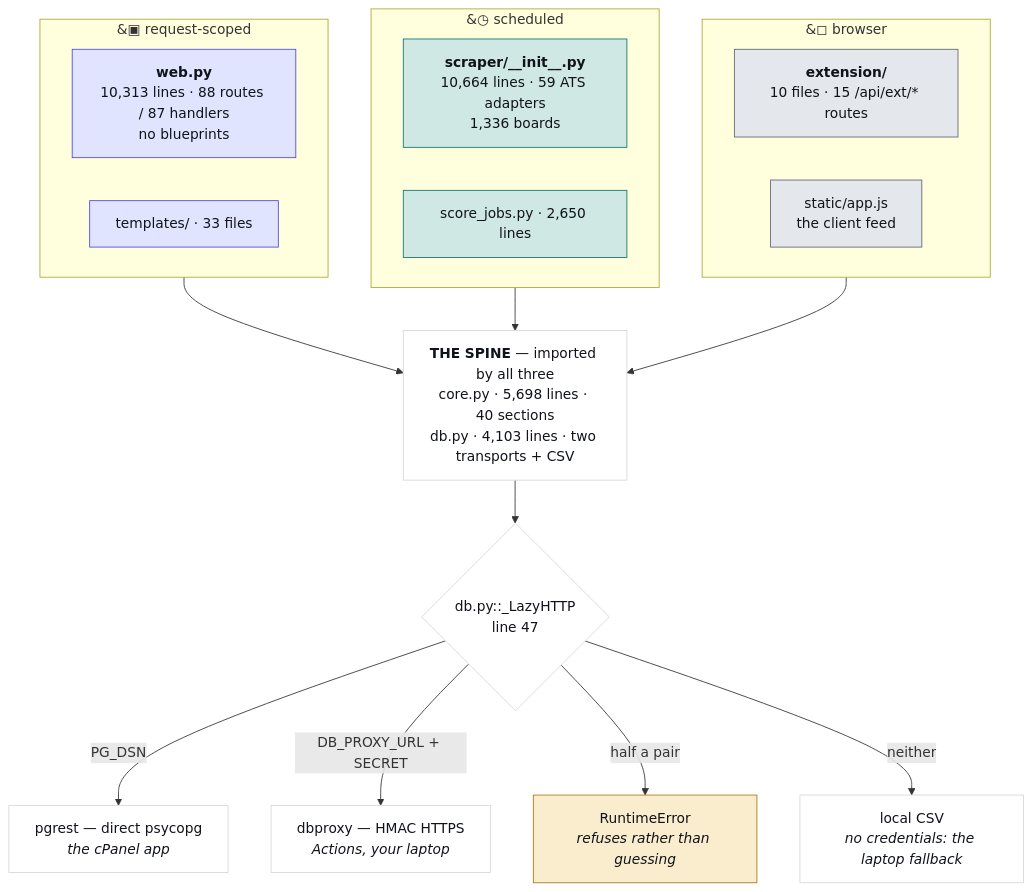
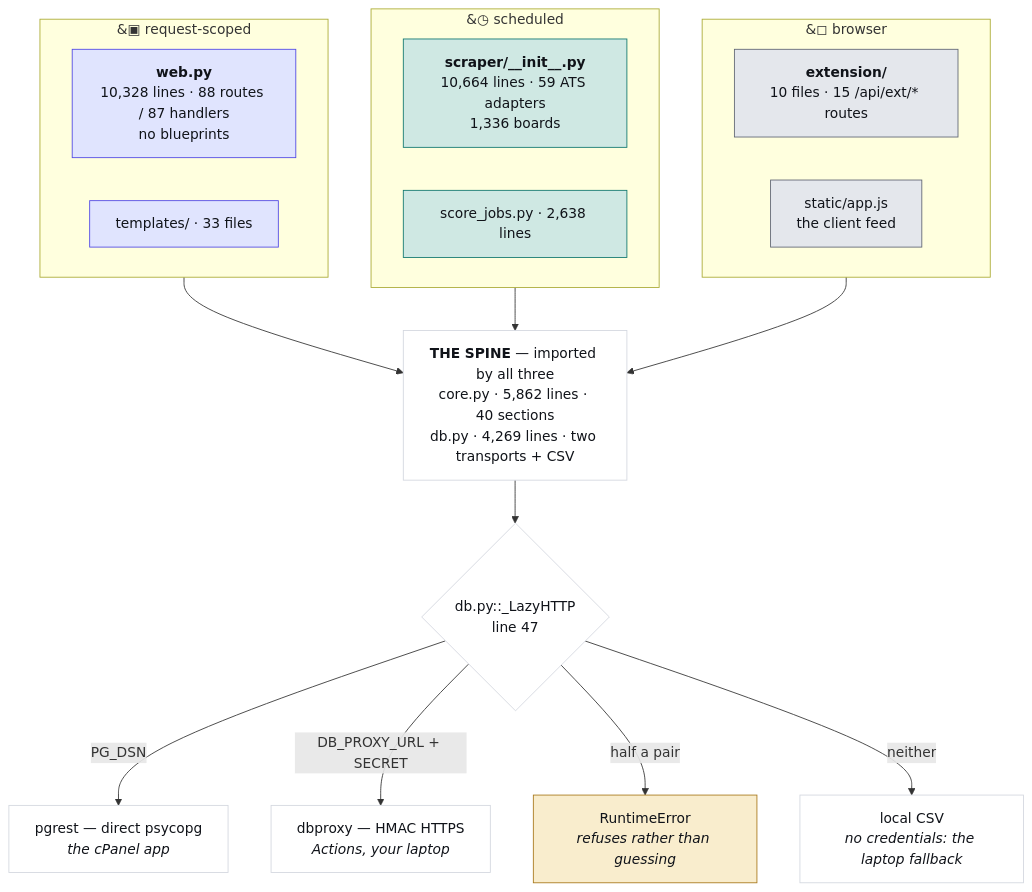
Before and after one commit to hadakunal909-debug/job-search-tool: the first of 4 diagrams in JobMatch Scraper/docs/ARCHITECTURE.md, drawn with Mermaid. The commit also changed other lines of this file and 39 other files, not shown here.

````diff
--- a/JobMatch Scraper/docs/ARCHITECTURE.md
+++ b/JobMatch Scraper/docs/ARCHITECTURE.md
@@ -48,34 +48,34 @@
 ```mermaid
 flowchart TB
   subgraph REQ["&#9635; request-scoped"]
-    W["<b>web.py</b><br/>10,313 lines · 88 routes / 87 handlers<br/>no blueprints"]
+    W["<b>web.py</b><br/>10,328 lines · 88 routes / 87 handlers<br/>no blueprints"]
     T["templates/ · 33 files"]
   end
   subgraph SCH["&#9719; scheduled"]
     S["<b>scraper/__init__.py</b><br/>10,664 lines · 59 ATS adapters<br/>1,336 boards"]
-    J["score_jobs.py · 2,650 lines"]
+    J["score_jobs.py · 2,638 lines"]
   end
   subgraph CLI["&#9723; browser"]
     E["<b>extension/</b><br/>10 files · 15 /api/ext/* routes"]
     A["static/app.js<br/>the client feed"]
   end
-  SPINE["<b>THE SPINE</b> — imported by all three<br/>core.py · 5,698 lines · 40 sections<br/>db.py · 4,103 lines · two transports + CSV"]
+  SPINE["<b>THE SPINE</b> — imported by all three<br/>core.py · 5,862 lines · 40 sections<br/>db.py · 4,269 lines · two transports + CSV"]
   REQ --> SPINE
   SCH --> SPINE
   CLI --> SPINE
   SPINE --> D{"db.py::_LazyHTTP<br/>line 47"}
   D -->|"PG_DSN"| P["pgrest — direct psycopg<br/><i>the cPanel app</i>"]
   D -->|"DB_PROXY_URL + SECRET"| X["dbproxy — HMAC HTTPS<br/><i>Actions, your laptop</i>"]
   D -->|"half a pair"| R["RuntimeError<br/><i>refuses rather than guessing</i>"]
   D -->|"neither"| V["local CSV<br/><i>no credentials: the laptop fallback</i>"]
   classDef web fill:#e0e4fe,stroke:#4f46e5,color:#101319
   classDef sched fill:#cfe8e3,stroke:#0f766e,color:#101319
   classDef client fill:#e4e7ec,stroke:#5f6573,color:#101319
   classDef trap fill:#f9edcd,stroke:#a8781a,color:#101319
   classDef plain fill:#ffffff,stroke:#d3d7df,color:#101319
   class W,T web
   class S,J sched
   class E,A client
   class R trap
   class SPINE,D,P,X,V plain
 ```
````
